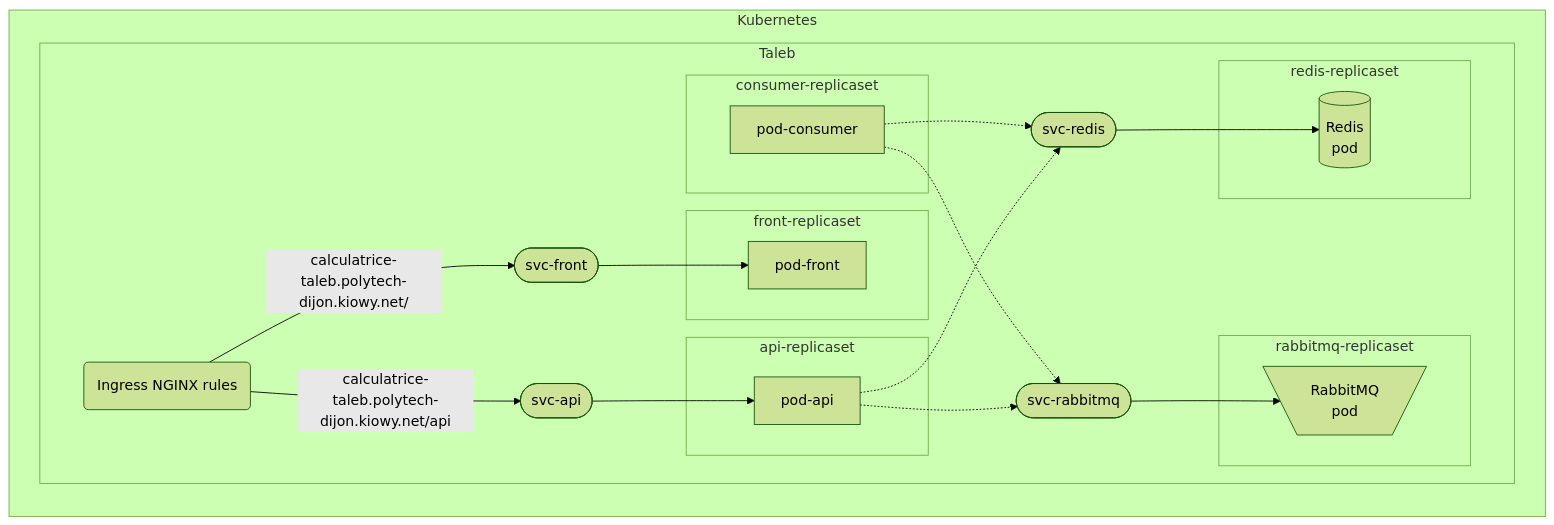
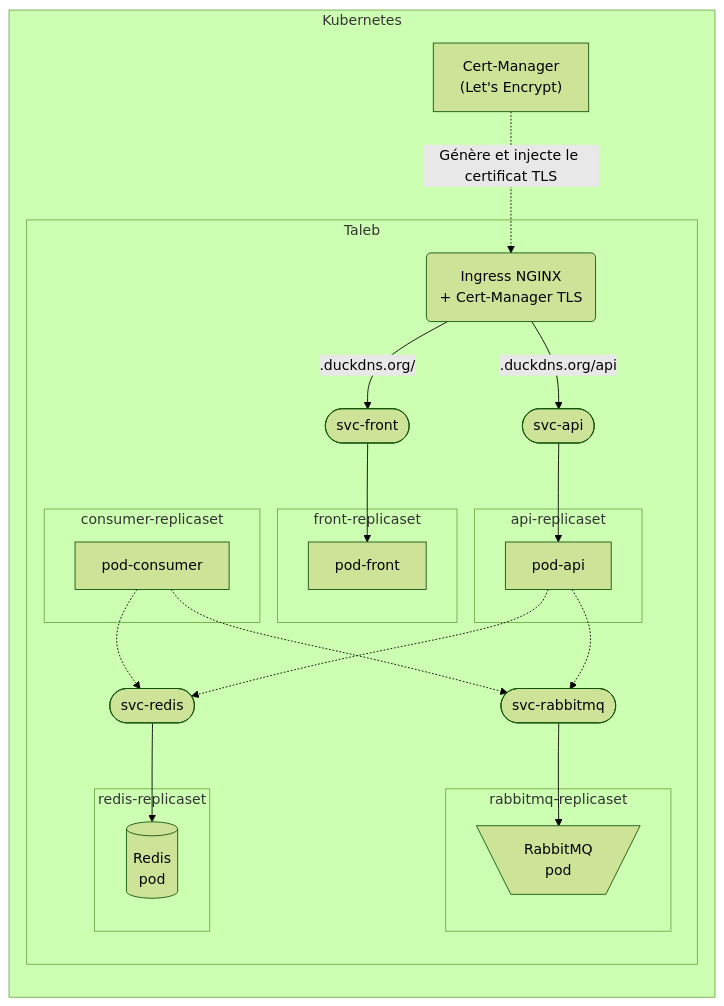
One commit to Noureddine-t/virtualisation-et-cloud-computing changed the first of 3 diagrams in Kubernetes/README.md. Above: the diagram before and after it, drawn with Mermaid (forest theme). The commit also changed other lines of this file and 6 other files, not shown here.

````diff
--- a/Kubernetes/README.md
+++ b/Kubernetes/README.md
@@ -19,38 +24,39 @@
 ```mermaid
 graph LR
     
     subgraph "Kubernetes"
         subgraph "Taleb"
             subgraph "front-replicaset"
                 pod-front
             end
             
             subgraph "api-replicaset"
                 pod-api
             end
             
             subgraph "redis-replicaset"
                 pod-redis[("Redis <br> pod")]
             end
             
             subgraph "rabbitmq-replicaset"
                 pod-rabbitmq[\" RabbitMQ <br> pod"/]
             end
             
             subgraph "consumer-replicaset"
                 pod-consumer
             end
             
             svc-api([svc-api]) --> pod-api
             svc-redis([svc-redis]) --> pod-redis
             svc-rabbitmq([svc-rabbitmq]) --> pod-rabbitmq
             pod-consumer -.-> svc-rabbitmq
             pod-consumer -.-> svc-redis
             pod-api -.-> svc-redis
             pod-api -.-> svc-rabbitmq
-            ing -->|"calculatrice-taleb.polytech-dijon.kiowy.net/api"| svc-api
-            ing(Ingress NGINX rules) -->|"calculatrice-taleb.polytech-dijon.kiowy.net/"| svc-front
+            ing -->|"<domaine>.duckdns.org/api"| svc-api
+            ing(Ingress NGINX <br> + Cert-Manager TLS) -->|"<domaine>.duckdns.org/"| svc-front
             svc-front([svc-front]) --> pod-front
         end
+        CertManager["Cert-Manager <br> (Let's Encrypt)"] -.->|"Génère et injecte le certificat TLS"| ing
     end
 ```
````
